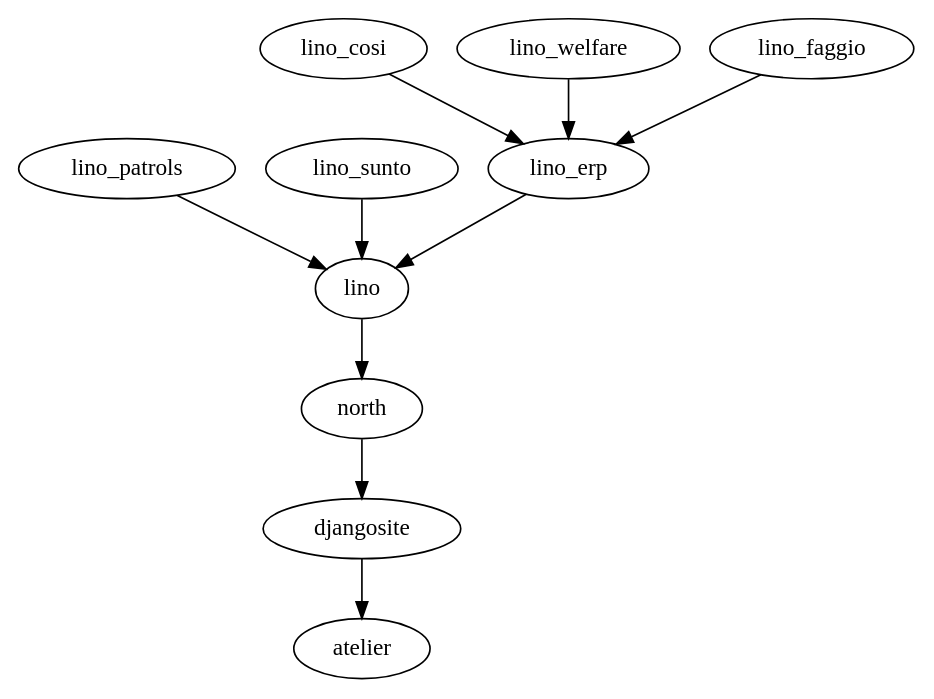
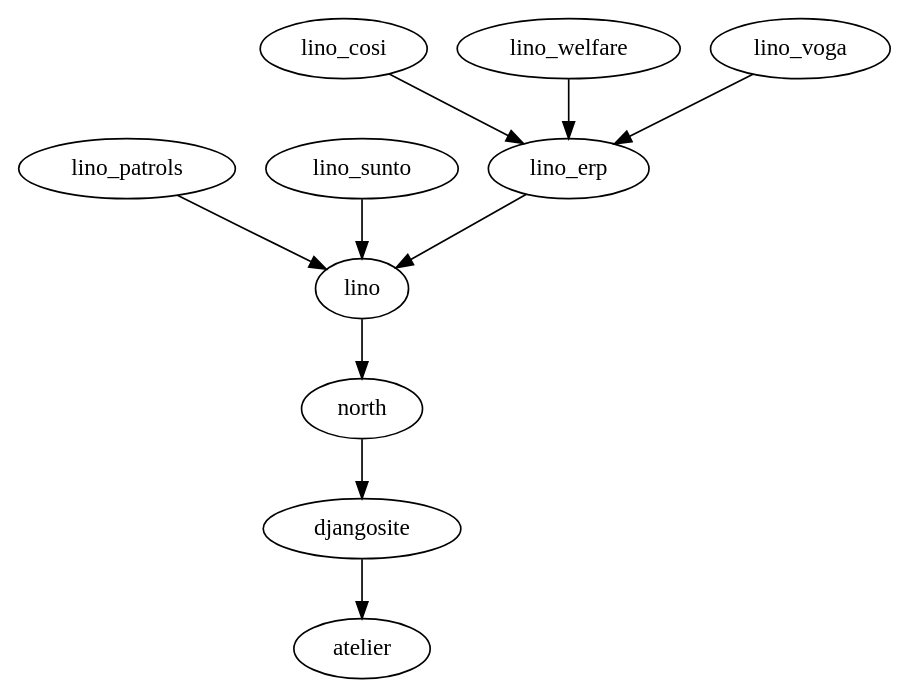
The second of 3 diagrams in docs/tickets/139.rst (lino-framework/lino), drawn with Graphviz before and after one commit. The commit also changed other lines of this file and 17 other files, not shown here.

```diff
--- a/docs/tickets/139.rst
+++ b/docs/tickets/139.rst
@@ -74,14 +74,14 @@
     .. graphviz:: 
 
        digraph foo {
 
         north -> djangosite -> atelier
         lino -> north
         lino_patrols -> lino
         lino_sunto -> lino
         lino_erp -> lino
         lino_cosi -> lino_erp
         lino_welfare -> lino_erp
-        lino_faggio -> lino_erp
+        lino_voga -> lino_erp
 
        }
```
